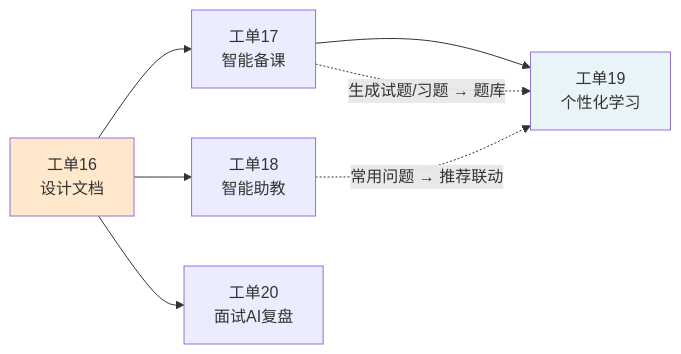
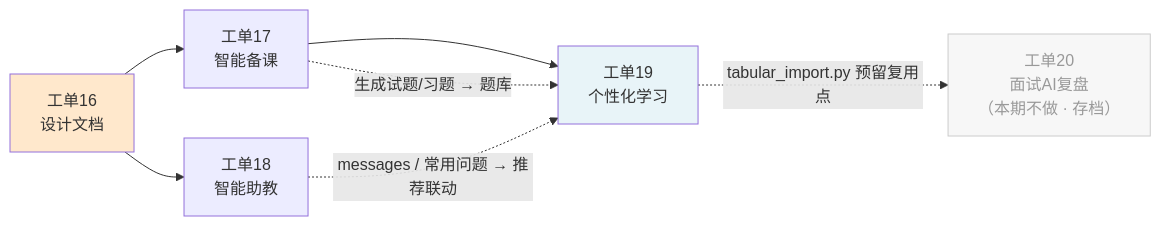
The third of 3 diagrams in docs/设计文档-工单16.md (jyt-1/educational-digital-humans), drawn with Mermaid before and after one commit. The commit also changed other lines of this file and 4 other files, not shown here.

````diff
--- a/docs/设计文档-工单16.md
+++ b/docs/设计文档-工单16.md
@@ -692,13 +996,15 @@
 ```mermaid
 graph LR
     W16["工单16<br/>设计文档"] --> W17["工单17<br/>智能备课"]
     W16 --> W18["工单18<br/>智能助教"]
     W17 --> W19["工单19<br/>个性化学习"]
-    W16 --> W20["工单20<br/>面试AI复盘"]
+    W20["工单20<br/>面试AI复盘<br/>（本期不做 · 存档）"]
 
     W17 -.->|"生成试题/习题 → 题库"| W19
-    W18 -.->|"常用问题 → 推荐联动"| W19
+    W18 -.->|"messages / 常用问题 → 推荐联动"| W19
+    W19 -.->|"tabular_import.py 预留复用点"| W20
 
     style W16 fill:#ffe8cc
     style W19 fill:#e8f4f8
+    style W20 fill:#f7f7f7,color:#999,stroke:#ccc
 ```
````
